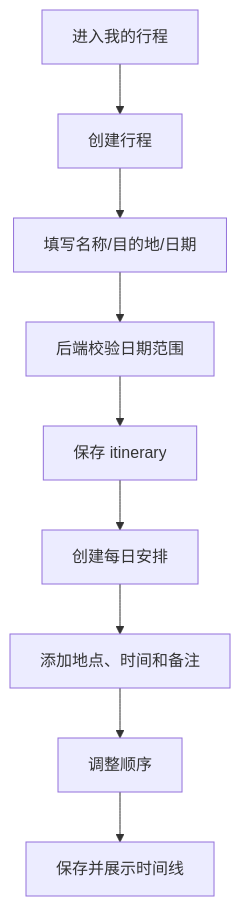
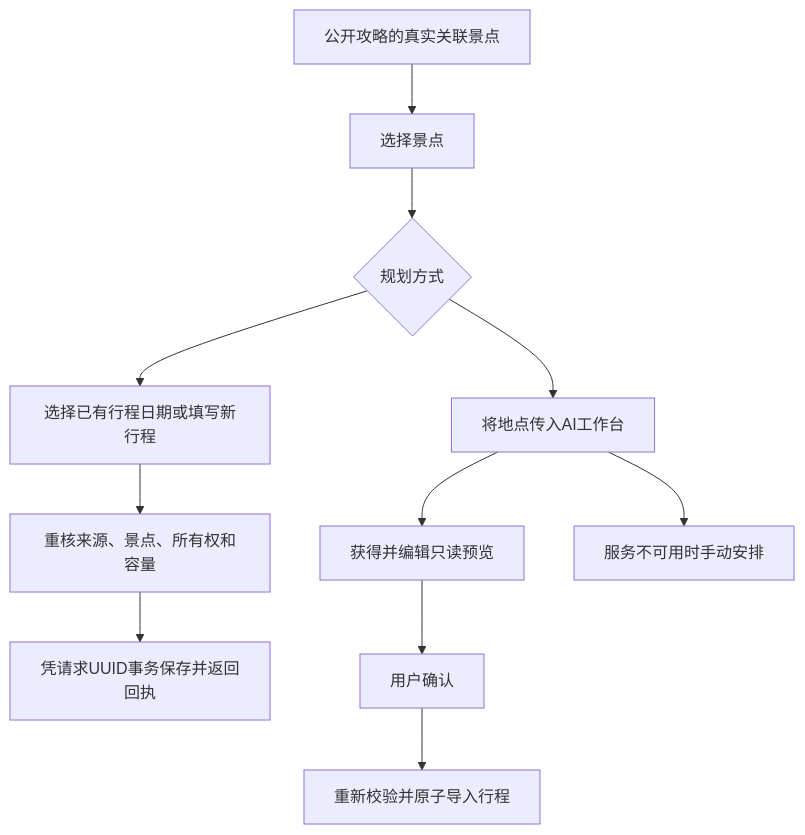
One commit to TheSixPasserby/travel-platform changed the second of 2 diagrams in docs/04-business-processes.md. Above: the diagram before and after it, drawn with Mermaid. The commit also changed other lines of this file and 175 other files, not shown here.

````diff
--- a/docs/04-business-processes.md
+++ b/docs/04-business-processes.md
@@ -53,11 +26,13 @@
 ```mermaid
 flowchart TD
-    A[进入我的行程] --> B[创建行程]
-    B --> C[填写名称/目的地/日期]
-    C --> D[后端校验日期范围]
-    D --> E[保存 itinerary]
-    E --> F[创建每日安排]
-    F --> G[添加地点、时间和备注]
-    G --> H[调整顺序]
-    H --> I[保存并展示时间线]
+    source[公开攻略的真实关联景点] --> select[选择景点]
+    select --> mode{规划方式}
+    mode --> manual[选择已有行程日期或填写新行程]
+    manual --> validate[重核来源、景点、所有权和容量]
+    validate --> save[凭请求UUID事务保存并返回回执]
+    mode --> ai[将地点传入AI工作台]
+    ai --> preview[获得并编辑只读预览]
+    preview --> confirm[用户确认]
+    confirm --> import[重新校验并原子导入行程]
+    ai --> fallback[服务不可用时手动安排]
 ```
````
